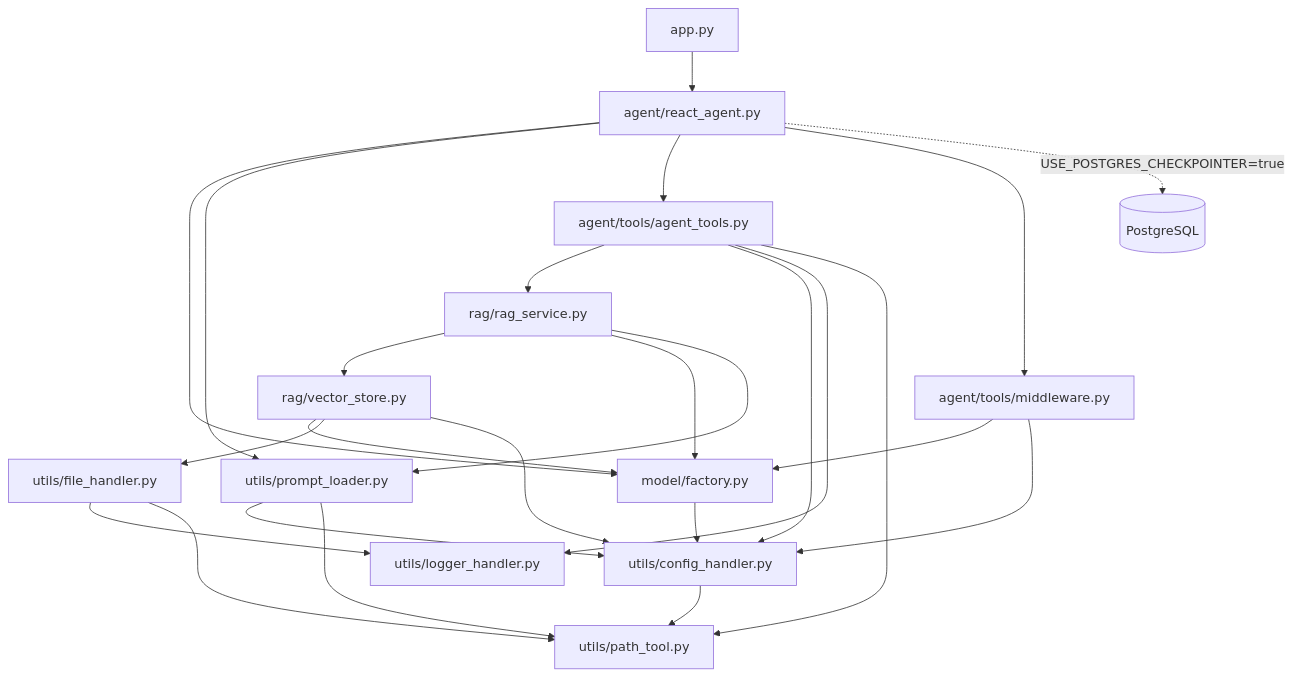
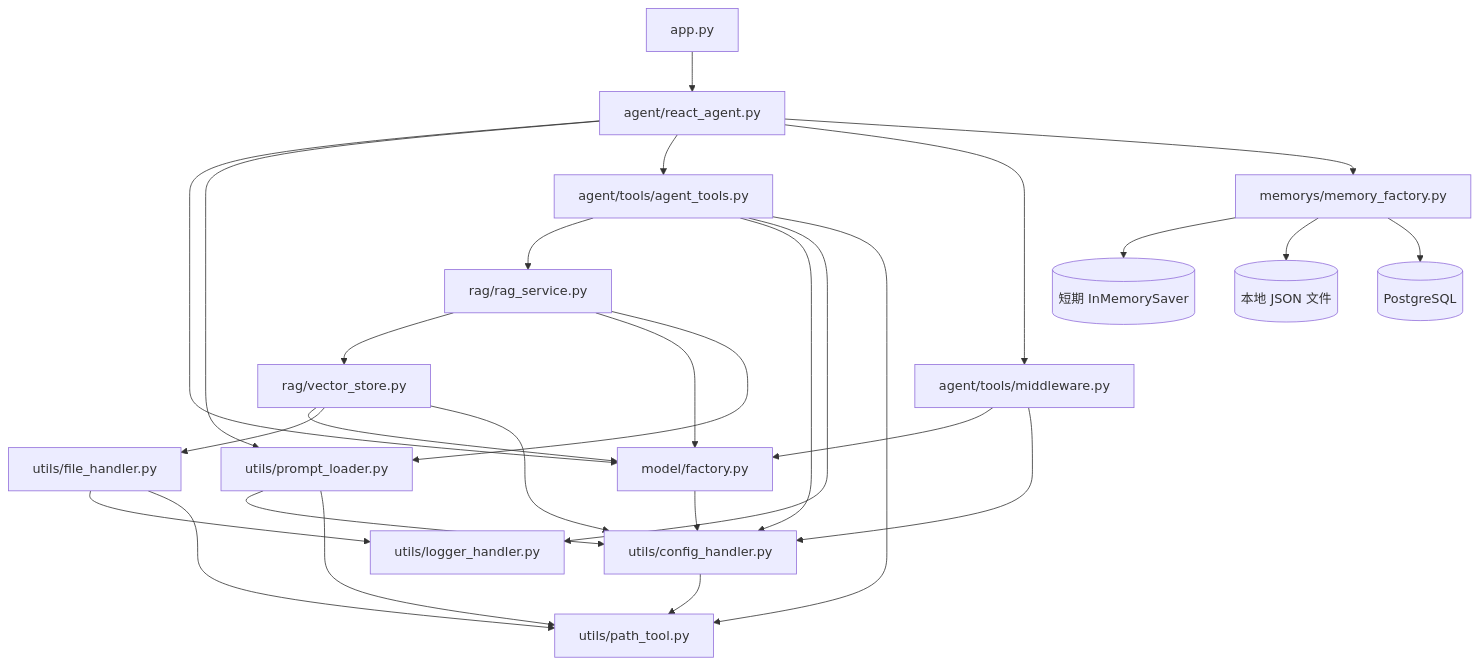
Before and after one commit to AX3031/RAG_Agent02: the second of 4 diagrams in docs/ARCHITECTURE.md, drawn with Mermaid. The commit also changed other lines of this file and 14 other files, not shown here.

Commit message:
add memory_factory and file_checkpointer , add memories to app.py streamlit , add changelog.md , update agents.md

````diff
--- a/docs/ARCHITECTURE.md
+++ b/docs/ARCHITECTURE.md
@@ -271,27 +276,30 @@
 ```mermaid
 flowchart TB
     APP[app.py] --> RA[agent/react_agent.py]
     RA --> MF[model/factory.py]
     RA --> PL[utils/prompt_loader.py]
     RA --> AT[agent/tools/agent_tools.py]
     RA --> MW[agent/tools/middleware.py]
     MW --> MF
     MW --> CH
-    RA -.->|USE_POSTGRES_CHECKPOINTER=true| PG[(PostgreSQL)]
+    RA --> MEM[memorys/memory_factory.py]
+    MEM --> IM[(短期 InMemorySaver)]
+    MEM --> FJ[(本地 JSON 文件)]
+    MEM --> PG[(PostgreSQL)]
     AT --> RS[rag/rag_service.py]
     AT --> CH[utils/config_handler.py]
     AT --> LG[utils/logger_handler.py]
     AT --> PT[utils/path_tool.py]
     RS --> VS[rag/vector_store.py]
     RS --> MF
     RS --> PL
     VS --> MF
     VS --> FH[utils/file_handler.py]
     VS --> CH
     MF --> CH
     PL --> CH
     PL --> PT
     FH --> LG
     FH --> PT
     CH --> PT
 ```
````
